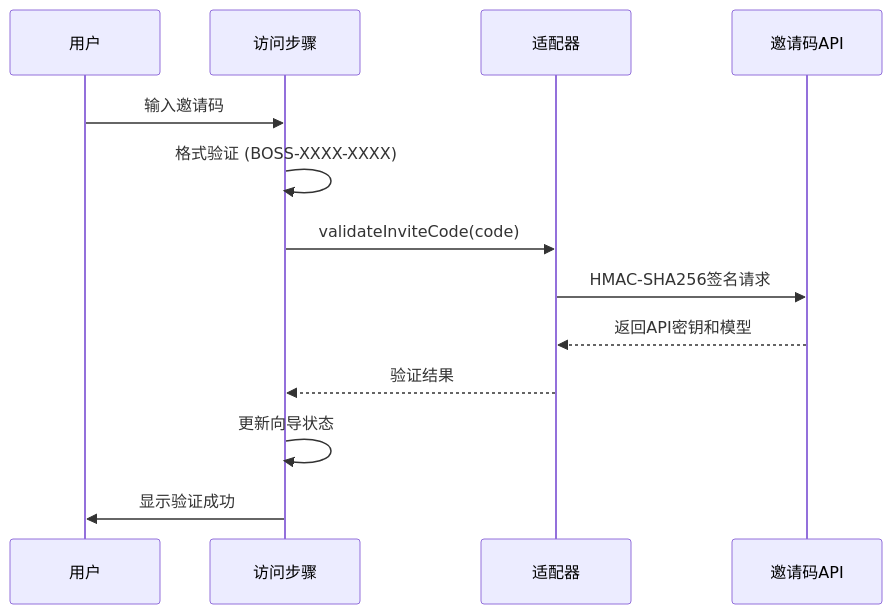
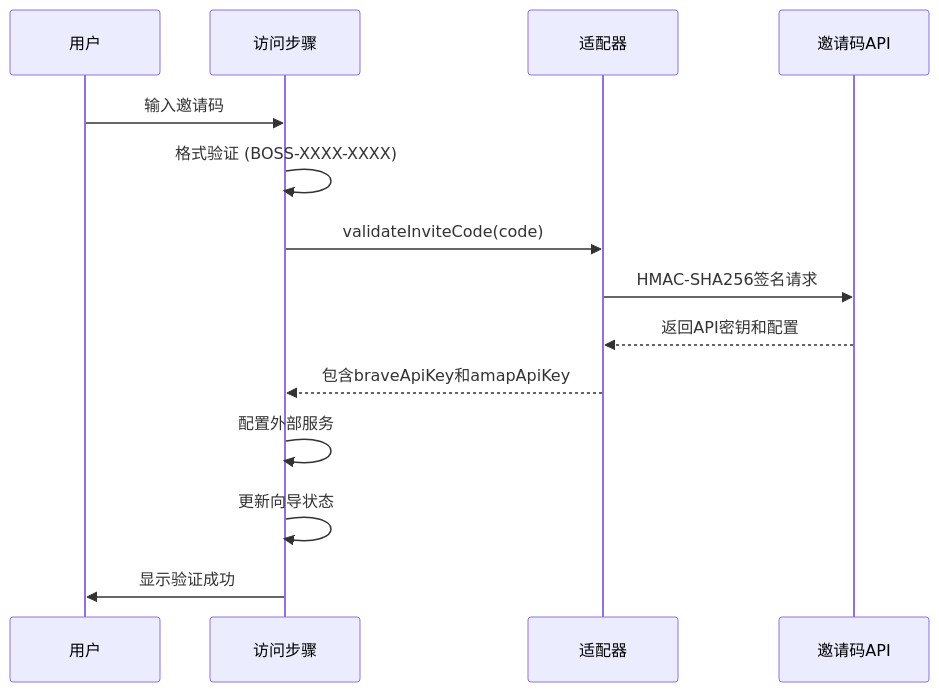
Before and after one commit to verse-ai-org/openclaw: the seventh of 13 diagrams in .qoder/repowiki/zh/content/设置向导集成指南.md, drawn with Mermaid. The commit also changed other lines of this file and 7 other files, not shown here.

````diff
--- a/.qoder/repowiki/zh/content/设置向导集成指南.md
+++ b/.qoder/repowiki/zh/content/设置向导集成指南.md
@@ -404,15 +414,16 @@
 ```mermaid
 sequenceDiagram
 participant User as 用户
 participant AccessStep as 访问步骤
 participant Adapter as 适配器
 participant InviteAPI as 邀请码API
 User->>AccessStep : 输入邀请码
 AccessStep->>AccessStep : 格式验证 (BOSS-XXXX-XXXX)
 AccessStep->>Adapter : validateInviteCode(code)
 Adapter->>InviteAPI : HMAC-SHA256签名请求
-InviteAPI-->>Adapter : 返回API密钥和模型
-Adapter-->>AccessStep : 验证结果
+InviteAPI-->>Adapter : 返回API密钥和配置
+Adapter-->>AccessStep : 包含braveApiKey和amapApiKey
+AccessStep->>AccessStep : 配置外部服务
 AccessStep->>AccessStep : 更新向导状态
 AccessStep->>User : 显示验证成功
 ```
````
